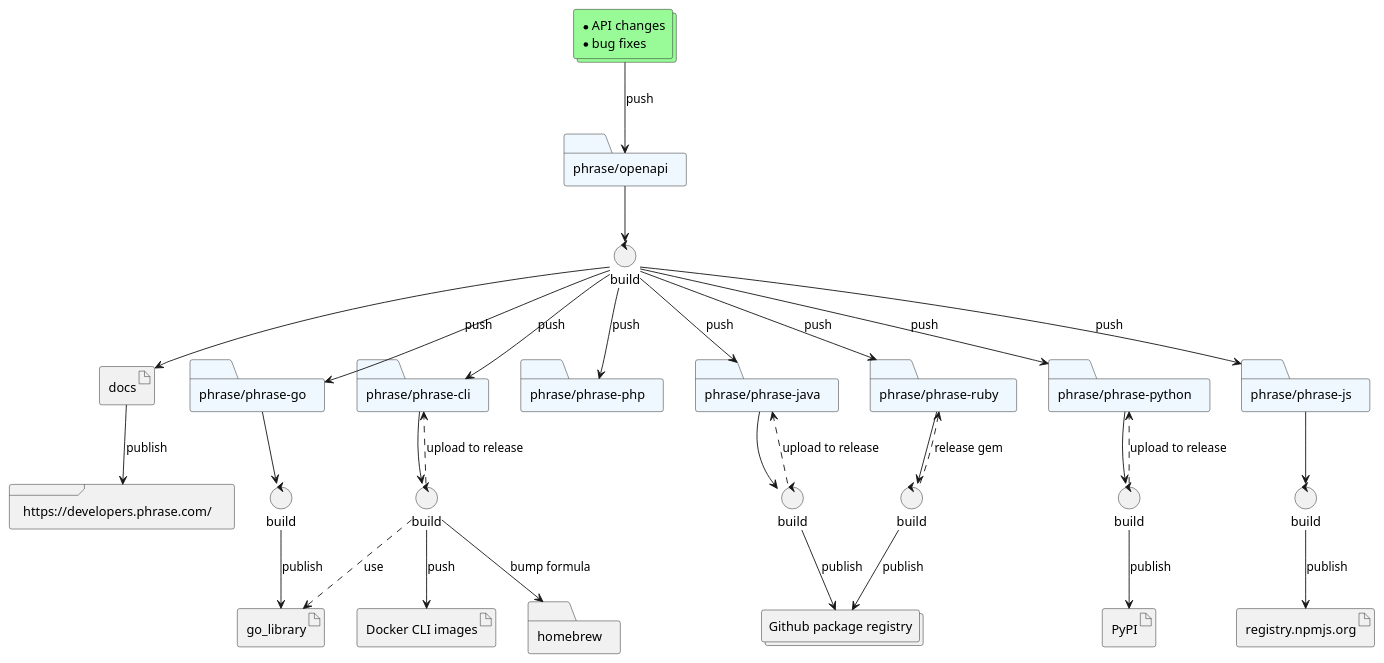
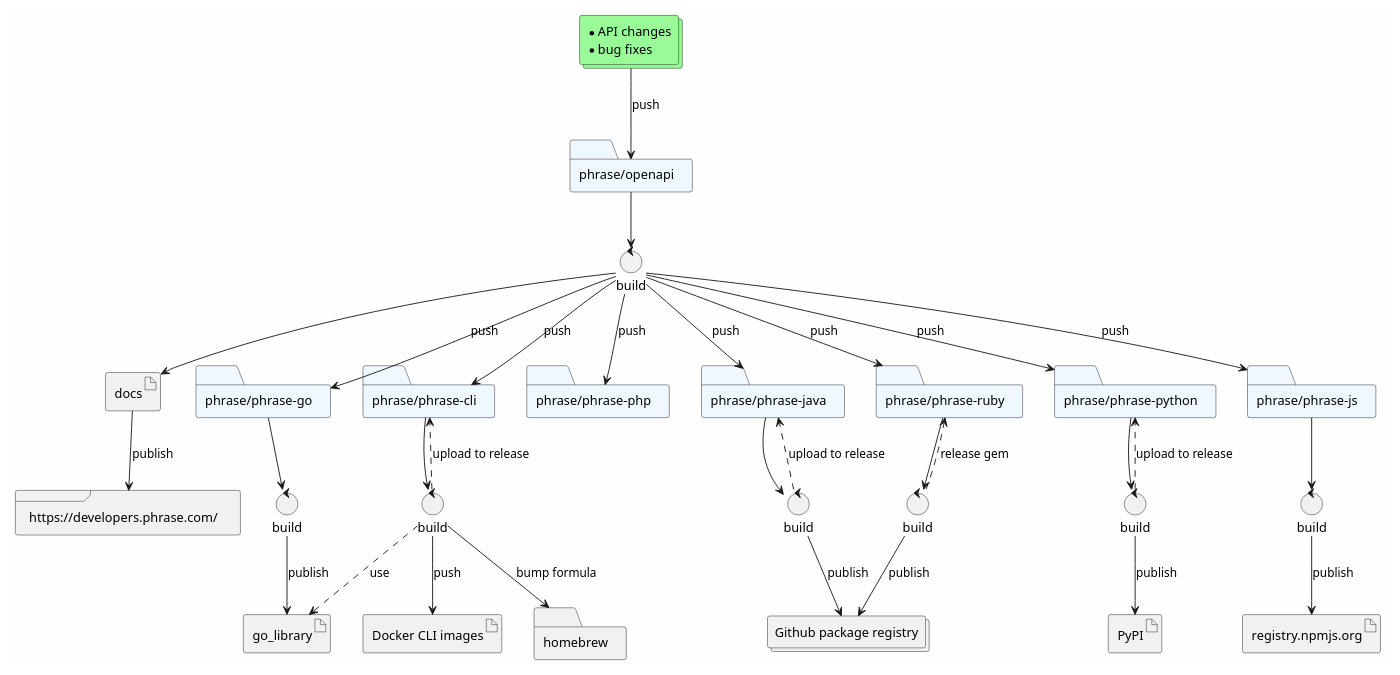
The diagram in docs/workflow.plantuml (phrase/openapi), drawn with PlantUML before and after one commit. The commit also changed 1 other file, not shown here.

Commit message:
set background color for svg diagram

```diff
--- a/docs/workflow.plantuml
+++ b/docs/workflow.plantuml
@@ -1,69 +1,70 @@
 @startuml "openapi workflow"
+skinparam backgroundColor #fefefe
 
 collections "* API changes\n* bug fixes" as changes #PaleGreen
 folder "phrase/openapi" as openapi #AliceBlue
 control "build" as actions
 
 artifact docs
 frame "https://developers.phrase.com/" as developers
 
 folder "phrase/phrase-go" as go #AliceBlue
 folder "phrase/phrase-cli" as cli #AliceBlue
 folder "phrase/phrase-php" as php #AliceBlue
 folder "phrase/phrase-java" as java #AliceBlue
 folder "phrase/phrase-python" as python #AliceBlue
 folder "phrase/phrase-ruby" as ruby #AliceBlue
 folder "phrase/phrase-js" as js #AliceBlue
 
 
 control "build" as go_actions
 control "build" as build_cli
 control "build" as build_java
 control "build" as build_js
 control "build" as build_ruby
 control "build" as build_python
 
 artifact go_library
 artifact "Docker CLI images" as docker_images
 folder homebrew
 collections "Github package registry" as github_package_registry
 artifact "registry.npmjs.org" as npm
 artifact "PyPI"
 
 changes --> openapi : push
 openapi --> actions
 actions --> docs
 docs --> developers : publish
 actions --> go : push
 actions --> php : push
 actions --> java : push
 actions --> python : push
 actions --> cli : push
 actions --> ruby : push
 actions --> js : push
 
 go --> go_actions
 go_actions --> go_library : publish
 
 cli --> build_cli
 build_cli ..> go_library : use
 build_cli --> homebrew : bump formula
 build_cli --> docker_images : push
 build_cli ..> cli : upload to release
 
 java --> build_java
 build_java ..> java : upload to release
 build_java --> github_package_registry : publish
 
 python --> build_python
 build_python ..> python : upload to release
 build_python --> PyPI : publish
 
 js --> build_js
 build_js --> npm : publish
 
 ruby --> build_ruby
 build_ruby --> github_package_registry : publish
 build_ruby ..> ruby : release gem
 
 @enduml
```
